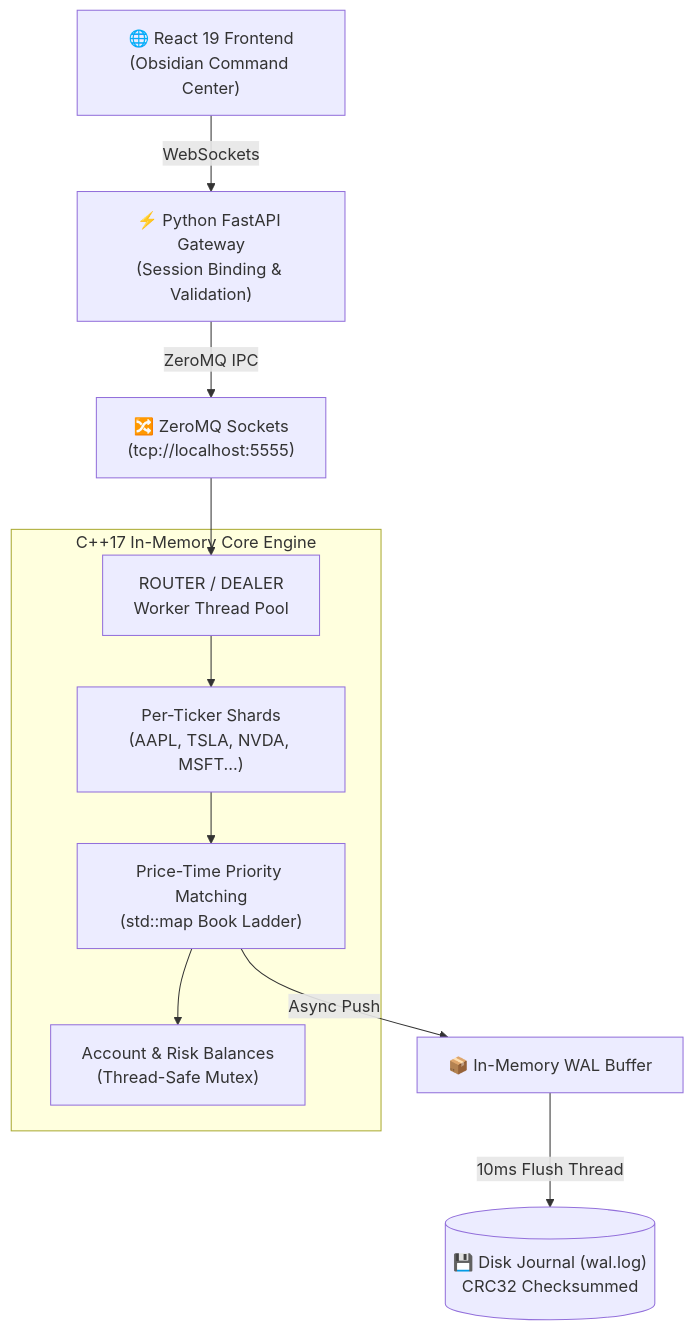
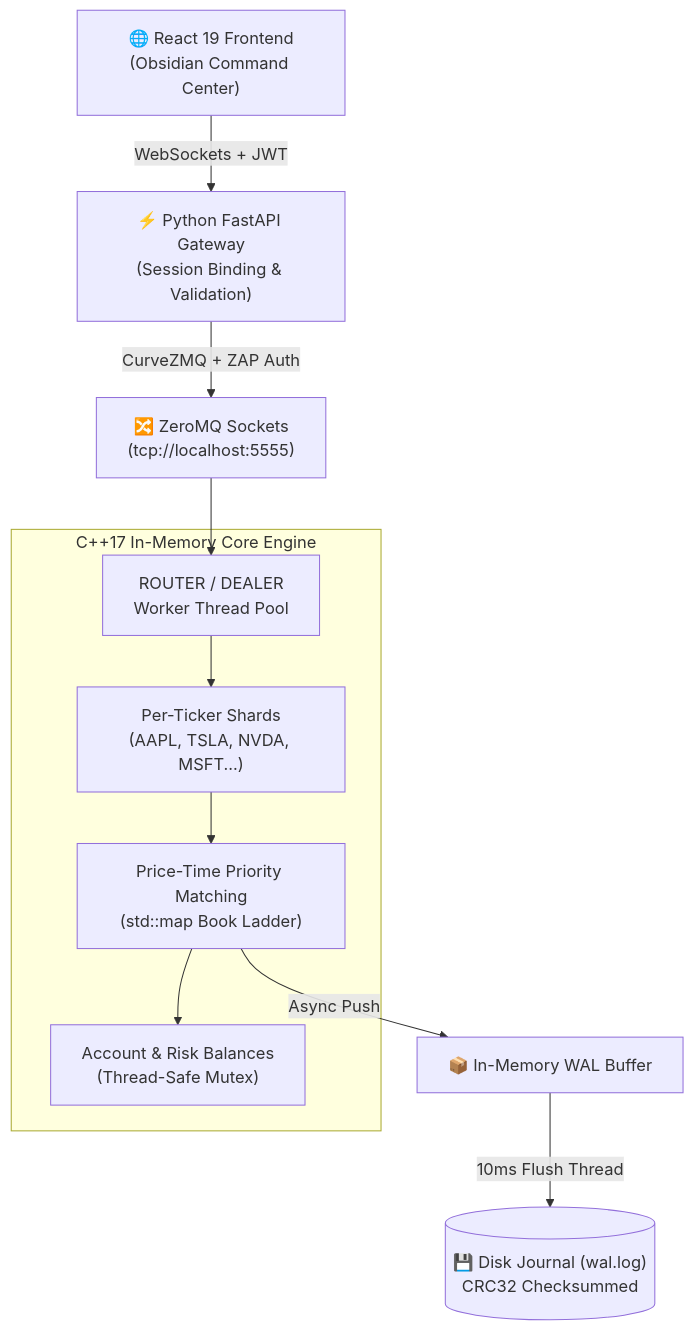
One commit to shaurya212121/TradeVerse changed the diagram in README.md. Above: the diagram before and after it, drawn with Mermaid. The commit also changed other lines of this file and 4 other files, not shown here.

Commit message:
feat(security): implement CurveZMQ transport encryption and ZAP RFC 27 authentication

````diff
--- a/README.md
+++ b/README.md
@@ -78,25 +78,25 @@
 ```mermaid
 flowchart TD
     Client["🌐 React 19 Frontend<br/>(Obsidian Command Center)"]
     Gateway["⚡ Python FastAPI Gateway<br/>(Session Binding & Validation)"]
     ZMQ["🔀 ZeroMQ Sockets<br/>(tcp://localhost:5555)"]
 
     subgraph Engine [" C++17 In-Memory Core Engine "]
         Router["ROUTER / DEALER<br/>Worker Thread Pool"]
         Shards["Per-Ticker Shards<br/>(AAPL, TSLA, NVDA, MSFT...)"]
         Matcher["Price-Time Priority Matching<br/>(std::map Book Ladder)"]
         Accounts["Account & Risk Balances<br/>(Thread-Safe Mutex)"]
     end
 
     WAL_Queue["📦 In-Memory WAL Buffer"]
     DiskLog[("💾 Disk Journal (wal.log)<br/>CRC32 Checksummed")]
 
-    Client -->|WebSockets| Gateway
-    Gateway -->|ZeroMQ IPC| ZMQ
+    Client -->|WebSockets + JWT| Gateway
+    Gateway -->|CurveZMQ + ZAP Auth| ZMQ
     ZMQ --> Router
     Router --> Shards
     Shards --> Matcher
     Matcher --> Accounts
     Matcher -->|Async Push| WAL_Queue
     WAL_Queue -->|10ms Flush Thread| DiskLog
 ```
````
